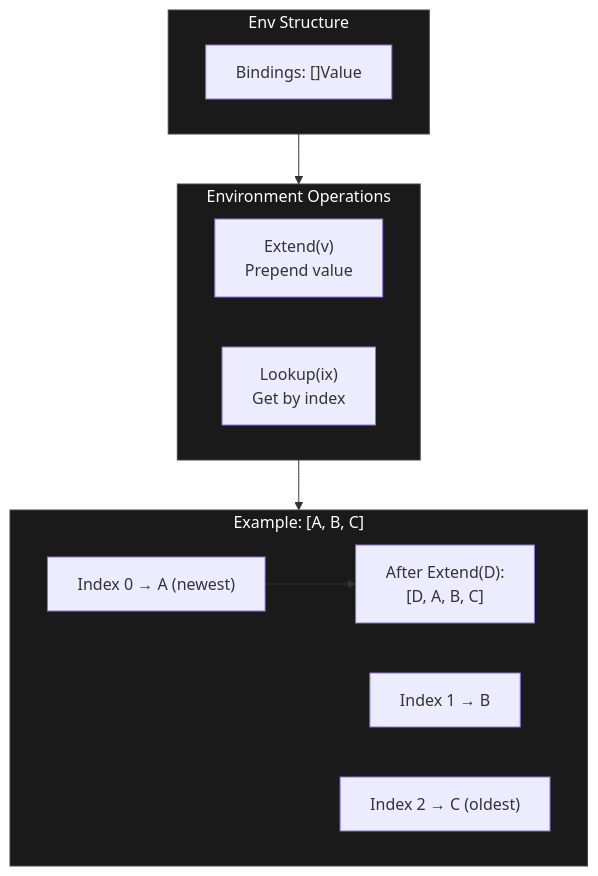
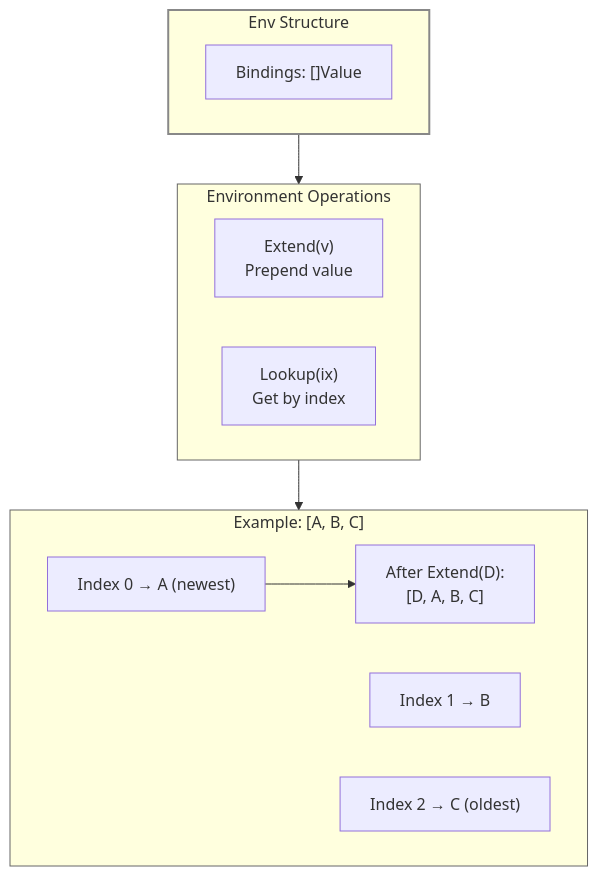
One commit to watchthelight/HypergraphGo changed diagram 23 of 26 in DIAGRAMS.md. Above: the diagram before and after it, drawn with Mermaid. The commit also changed other lines of this file and 1 other file, not shown here.

Commit message:
Diagram updates

````diff
--- a/DIAGRAMS.md
+++ b/DIAGRAMS.md
@@ -1257,29 +1507,29 @@
 ```mermaid
 flowchart TB
     subgraph Env["Env Structure"]
         Bindings["Bindings: []Value"]
     end
 
     subgraph EnvOps["Environment Operations"]
         direction LR
         Extend["Extend(v)<br/>Prepend value"]
         Lookup["Lookup(ix)<br/>Get by index"]
     end
 
     subgraph Example["Example: [A, B, C]"]
         E0["Index 0 → A (newest)"]
         E1["Index 1 → B"]
         E2["Index 2 → C (oldest)"]
 
         After["After Extend(D):<br/>[D, A, B, C]"]
 
         E0 --> After
     end
 
     Env --> EnvOps
     EnvOps --> Example
 
-    style Env fill:#1a1a1a,stroke:#444,color:#fff
-    style EnvOps fill:#1a1a1a,stroke:#444,color:#fff
-    style Example fill:#1a1a1a,stroke:#444,color:#fff
+    style Env stroke:#888,stroke-width:2px
+    style EnvOps stroke:#666
+    style Example stroke:#666
 ```
````
